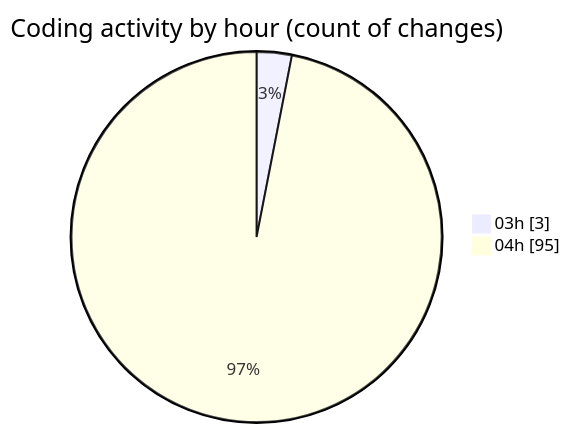
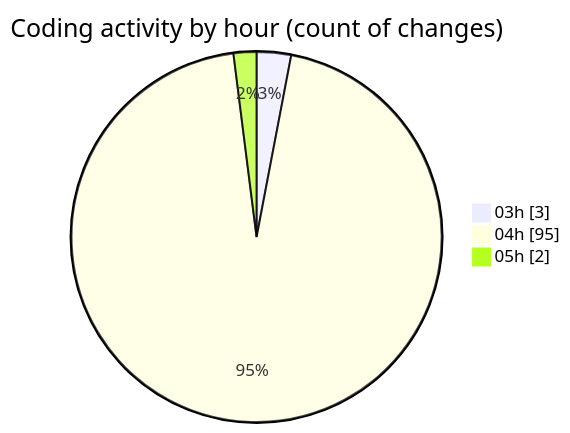
One commit to ernivani/code-tracking changed the second of 2 diagrams in 2025-01-03/tinycms/README.md. Above: the diagram before and after it, drawn with Mermaid. The commit also changed other lines of this file and 2 other files, not shown here.

````diff
--- a/2025-01-03/tinycms/README.md
+++ b/2025-01-03/tinycms/README.md
@@ -52,6 +53,7 @@
 ```mermaid
 pie showData
 title Coding activity by hour (count of changes)
 "03h" : 3
 "04h" : 95
+"05h" : 2
 ```
````
